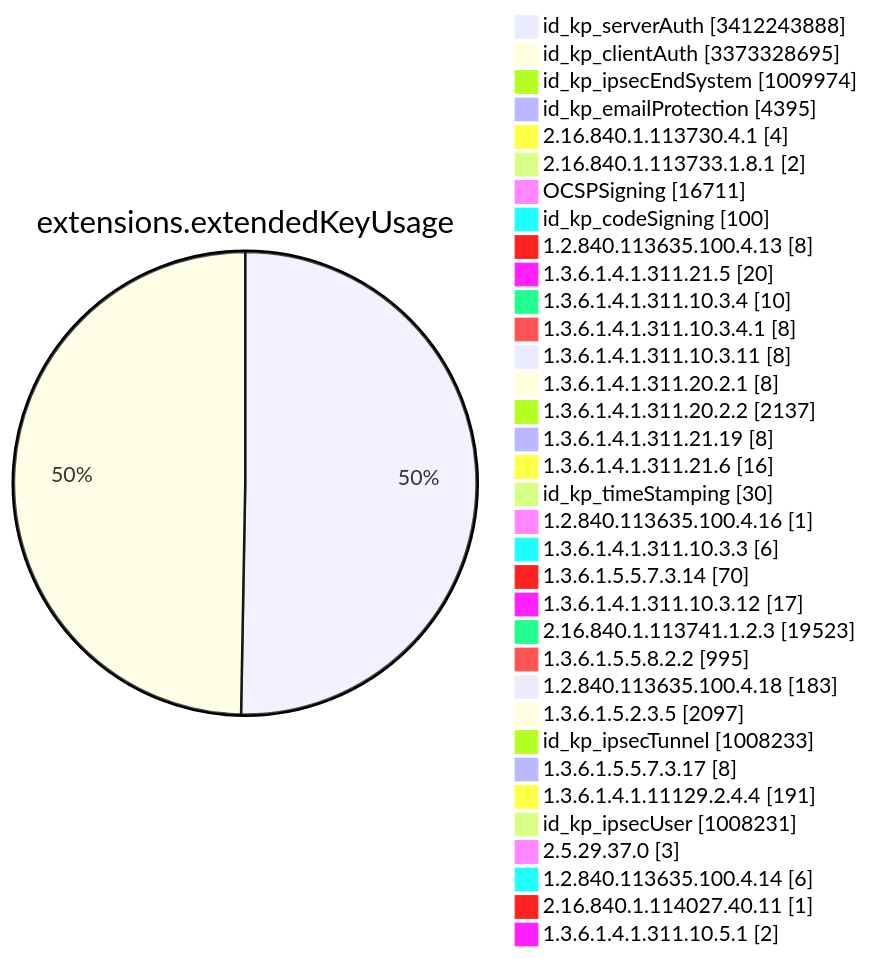
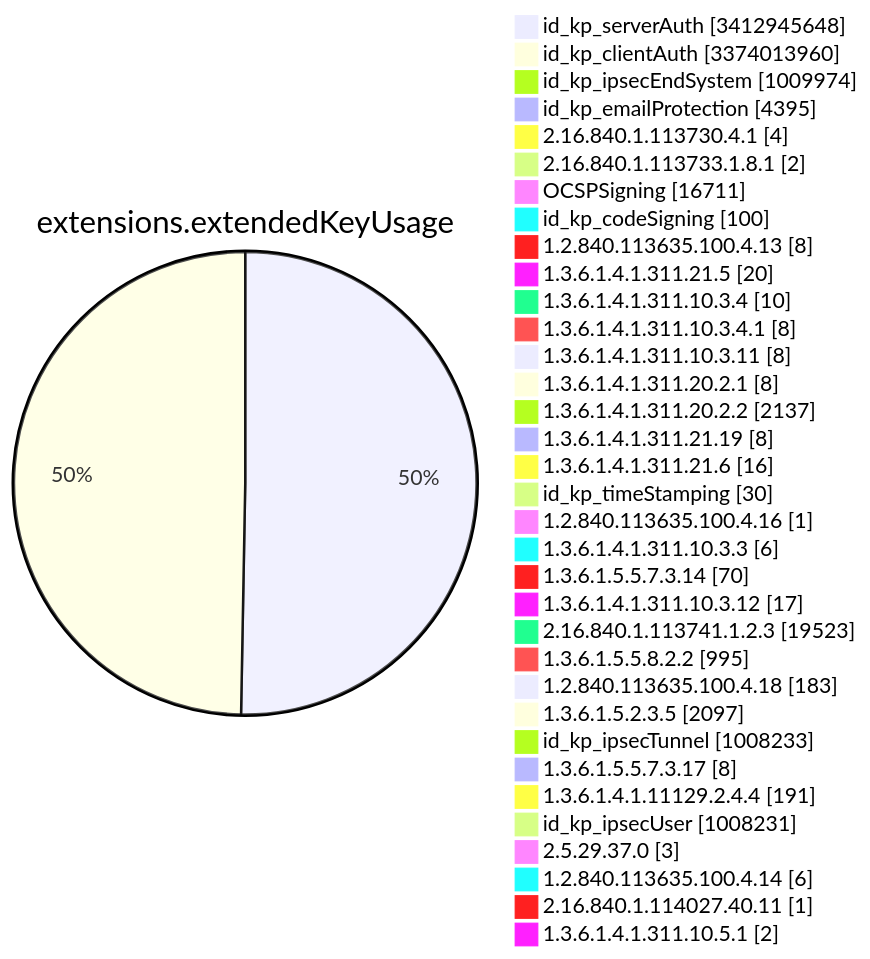
Diagram 11 of 15 in TOTAL/README.md (christiankrug/ctmonitor_visualization), drawn with Mermaid before and after one commit. The commit also changed other lines of this file, not shown here.

````diff
--- a/TOTAL/README.md
+++ b/TOTAL/README.md
@@ -4121,38 +4121,38 @@
 ```mermaid
 pie showData
 title extensions.extendedKeyUsage
-"id_kp_serverAuth" :3412243888
-"id_kp_clientAuth" :3373328695
+"id_kp_serverAuth" :3412945648
+"id_kp_clientAuth" :3374013960
 "id_kp_ipsecEndSystem" :1009974
 "id_kp_emailProtection" :4395
 "2.16.840.1.113730.4.1" :4
 "2.16.840.1.113733.1.8.1" :2
 "OCSPSigning" :16711
 "id_kp_codeSigning" :100
 "1.2.840.113635.100.4.13" :8
 "1.3.6.1.4.1.311.21.5" :20
 "1.3.6.1.4.1.311.10.3.4" :10
 "1.3.6.1.4.1.311.10.3.4.1" :8
 "1.3.6.1.4.1.311.10.3.11" :8
 "1.3.6.1.4.1.311.20.2.1" :8
 "1.3.6.1.4.1.311.20.2.2" :2137
 "1.3.6.1.4.1.311.21.19" :8
 "1.3.6.1.4.1.311.21.6" :16
 "id_kp_timeStamping" :30
 "1.2.840.113635.100.4.16" :1
 "1.3.6.1.4.1.311.10.3.3" :6
 "1.3.6.1.5.5.7.3.14" :70
 "1.3.6.1.4.1.311.10.3.12" :17
 "2.16.840.1.113741.1.2.3" :19523
 "1.3.6.1.5.5.8.2.2" :995
 "1.2.840.113635.100.4.18" :183
 "1.3.6.1.5.2.3.5" :2097
 "id_kp_ipsecTunnel" :1008233
 "1.3.6.1.5.5.7.3.17" :8
 "1.3.6.1.4.1.11129.2.4.4" :191
 "id_kp_ipsecUser" :1008231
 "2.5.29.37.0" :3
 "1.2.840.113635.100.4.14" :6
 "2.16.840.1.114027.40.11" :1
 "1.3.6.1.4.1.311.10.5.1" :2
 ```
````
